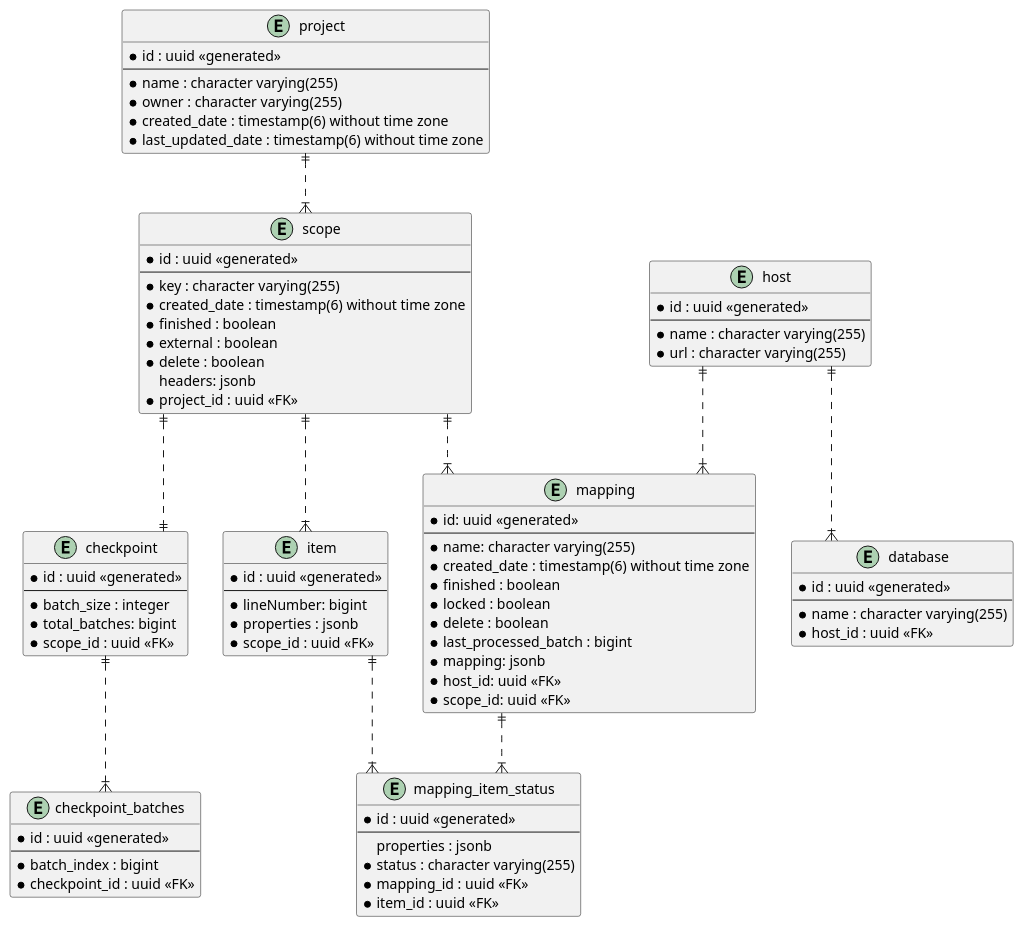
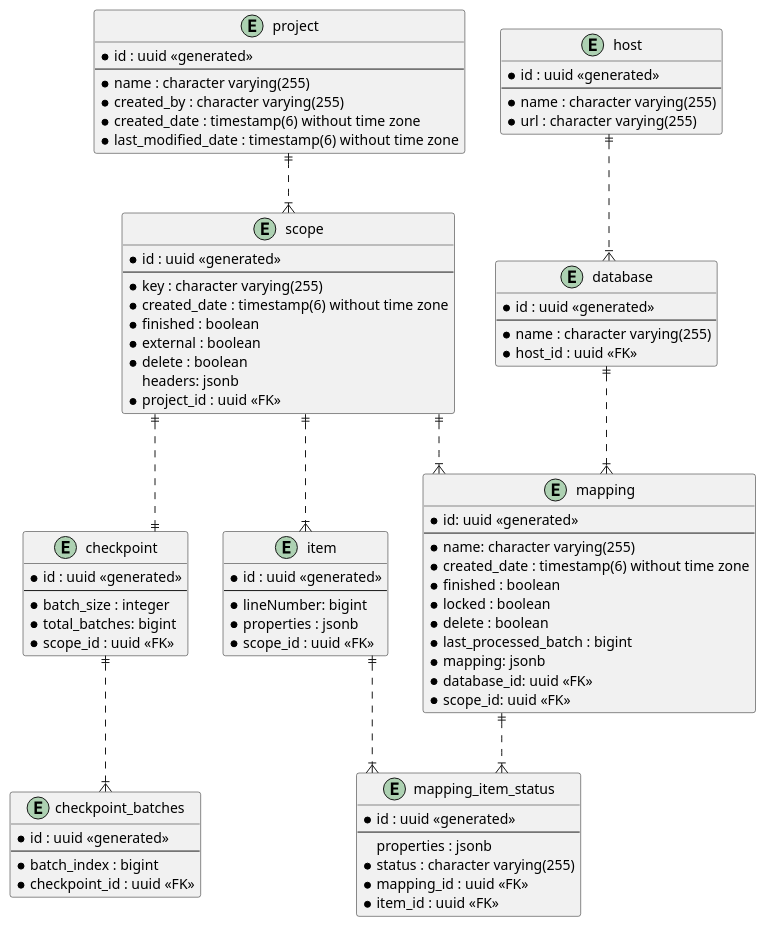
Before and after one commit to TuncerCatalkaya/data-migration: the diagram in data-migration-documentation/src/main/images/databaseModel.puml, drawn with PlantUML. The commit also changed 19 other files, not shown here.

```diff
--- a/data-migration-documentation/src/main/images/databaseModel.puml
+++ b/data-migration-documentation/src/main/images/databaseModel.puml
@@ -1,98 +1,98 @@
 @startuml
 skinparam linetype ortho
 
 entity project {
     * id : uuid <<generated>>
     --
     * name : character varying(255)
-    * owner : character varying(255)
+    * created_by : character varying(255)
     * created_date : timestamp(6) without time zone
-    * last_updated_date : timestamp(6) without time zone
+    * last_modified_date : timestamp(6) without time zone
 }
 
 entity scope {
     * id : uuid <<generated>>
     --
     * key : character varying(255)
     * created_date : timestamp(6) without time zone
     * finished : boolean
     * external : boolean
     * delete : boolean
     headers: jsonb
     * project_id : uuid <<FK>>
 }
 
 entity item {
     * id : uuid <<generated>>
     --
     * lineNumber: bigint
     * properties : jsonb
     * scope_id : uuid <<FK>>
 }
 
 entity checkpoint {
     * id : uuid <<generated>>
     --
     * batch_size : integer
     * total_batches: bigint
     * scope_id : uuid <<FK>>
 }
 
 entity checkpoint_batches {
     * id : uuid <<generated>>
     --
     * batch_index : bigint
     * checkpoint_id : uuid <<FK>>
 }
 
 entity host {
     * id : uuid <<generated>>
     --
     * name : character varying(255)
     * url : character varying(255)
 }
 
 entity mapping {
     * id: uuid <<generated>>
     --
     * name: character varying(255)
     * created_date : timestamp(6) without time zone
     * finished : boolean
     * locked : boolean
     * delete : boolean
     * last_processed_batch : bigint
     * mapping: jsonb
-    * host_id: uuid <<FK>>
+    * database_id: uuid <<FK>>
     * scope_id: uuid <<FK>>
 }
 
 entity database {
     * id : uuid <<generated>>
     --
     * name : character varying(255)
     * host_id : uuid <<FK>>
 }
 
 entity mapping_item_status {
     * id : uuid <<generated>>
     --
     properties : jsonb
     * status : character varying(255)
     * mapping_id : uuid <<FK>>
     * item_id : uuid <<FK>>
 }
 
 project ||..|{ scope
 scope ||..|{ item
 
 scope ||..|| checkpoint
 checkpoint ||..|{ checkpoint_batches
 
-host ||..|{ mapping
+database ||..|{ mapping
 host ||..|{ database
 scope ||..|{ mapping
 
 item ||..|{ mapping_item_status
 mapping ||..|{ mapping_item_status
 
 @enduml
```
